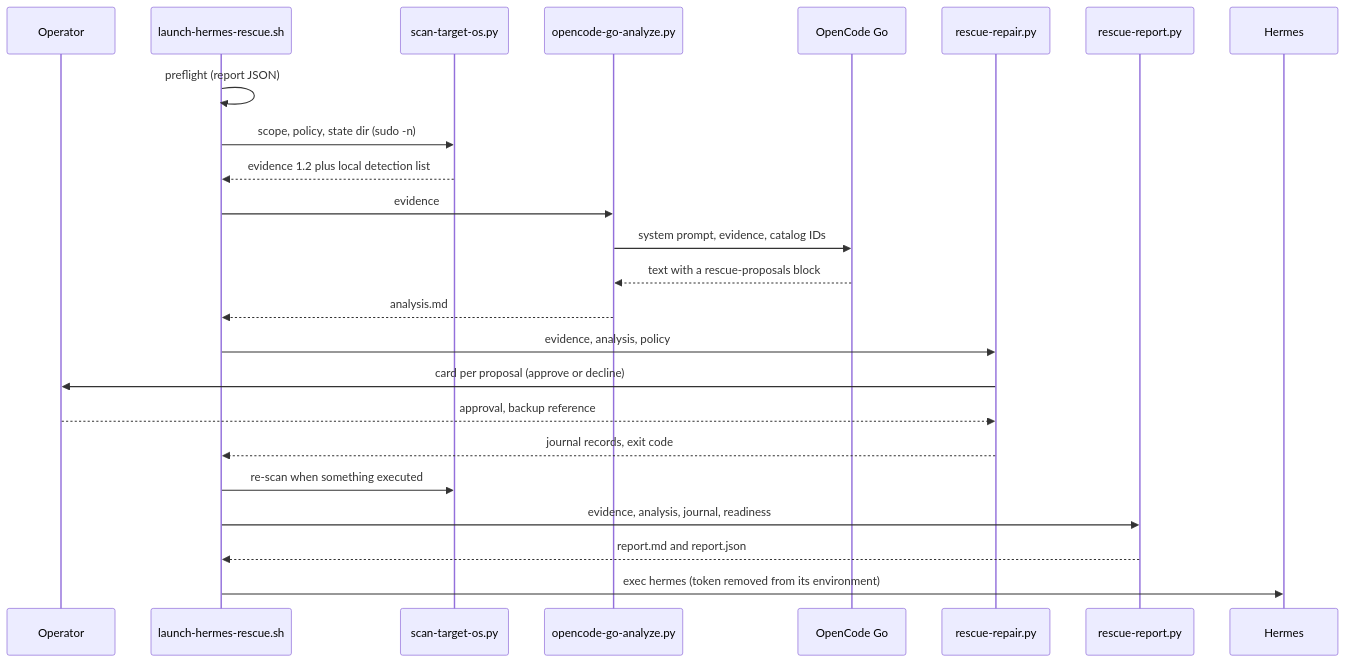
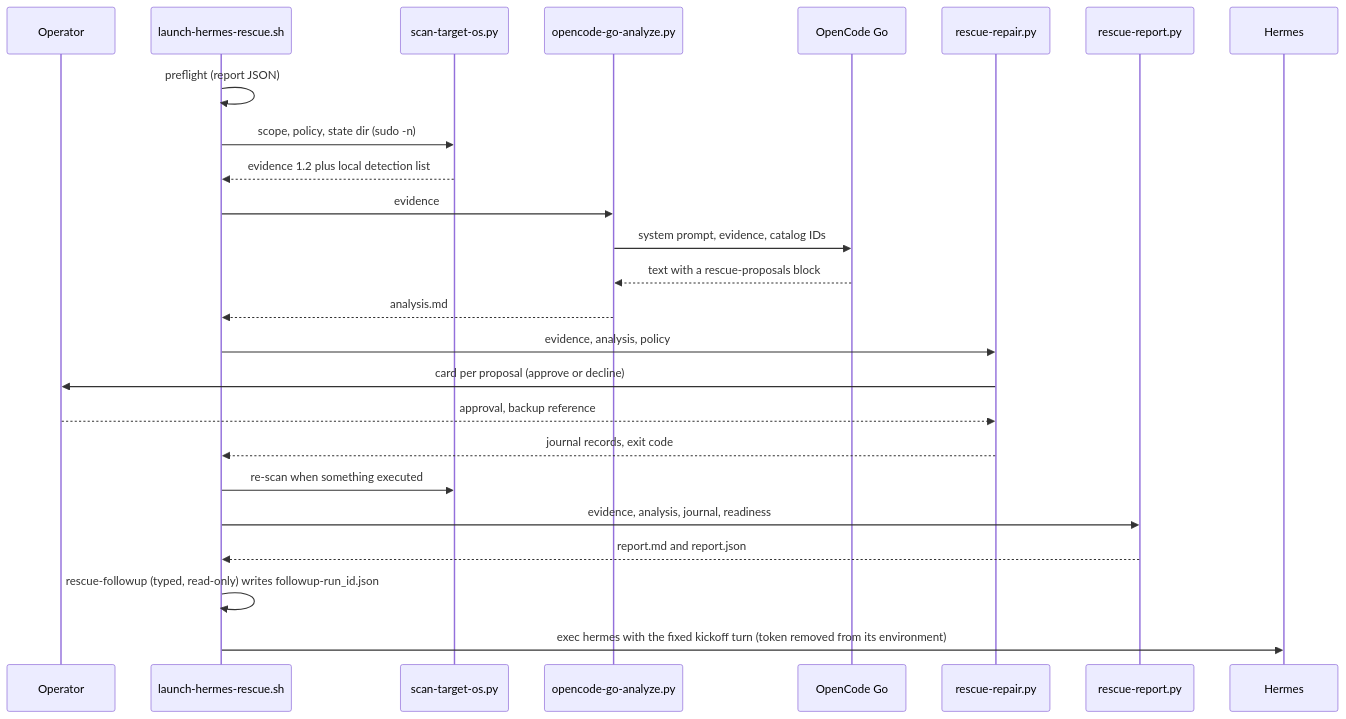
One commit to ahliweb/linux-mint-xfce-rescue-ai changed the fourth of 16 diagrams in docs/design.md. Above: the diagram before and after it, drawn with Mermaid. The commit also changed other lines of this file and 4 other files, not shown here.

````diff
--- a/docs/design.md
+++ b/docs/design.md
@@ -90,26 +95,27 @@
 ```mermaid
 sequenceDiagram
     participant Op as Operator
     participant L as launch-hermes-rescue.sh
     participant S as scan-target-os.py
     participant A as opencode-go-analyze.py
     participant G as OpenCode Go
     participant R as rescue-repair.py
     participant P as rescue-report.py
     participant H as Hermes
     L->>L: preflight (report JSON)
     L->>S: scope, policy, state dir (sudo -n)
     S-->>L: evidence 1.2 plus local detection list
     L->>A: evidence
     A->>G: system prompt, evidence, catalog IDs
     G-->>A: text with a rescue-proposals block
     A-->>L: analysis.md
     L->>R: evidence, analysis, policy
     R->>Op: card per proposal (approve or decline)
     Op-->>R: approval, backup reference
     R-->>L: journal records, exit code
     L->>S: re-scan when something executed
     L->>P: evidence, analysis, journal, readiness
     P-->>L: report.md and report.json
-    L->>H: exec hermes (token removed from its environment)
+    L->>L: rescue-followup (typed, read-only) writes followup-run_id.json
+    L->>H: exec hermes with the fixed kickoff turn (token removed from its environment)
 ```
````
